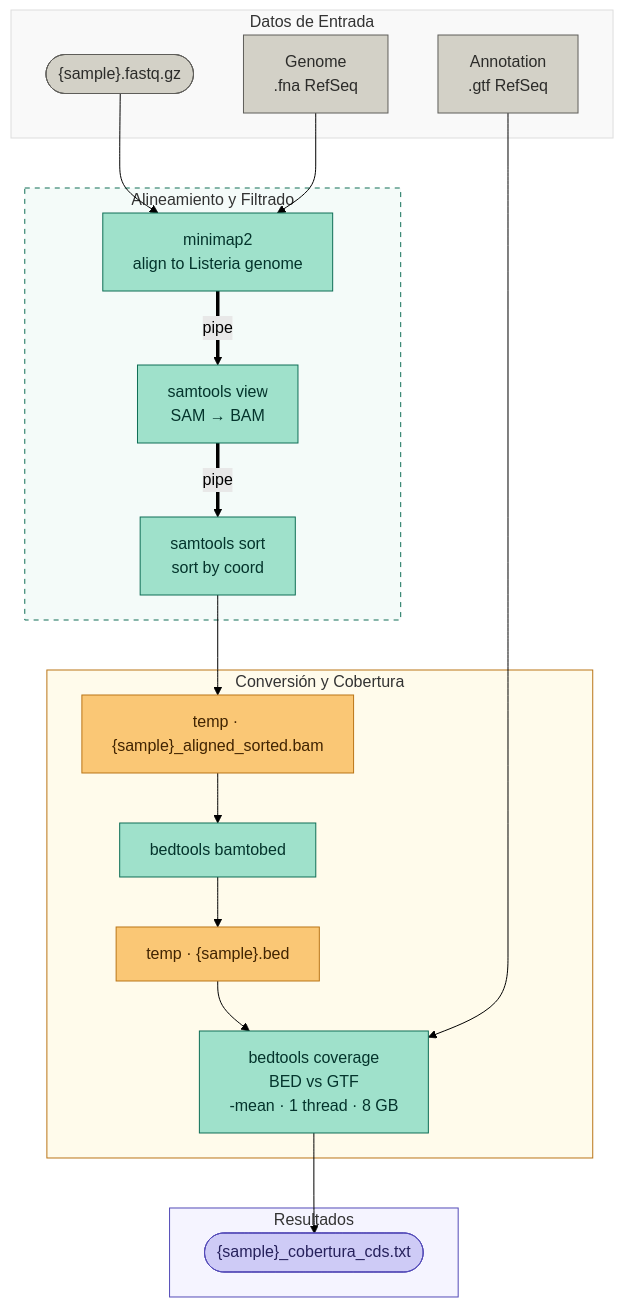
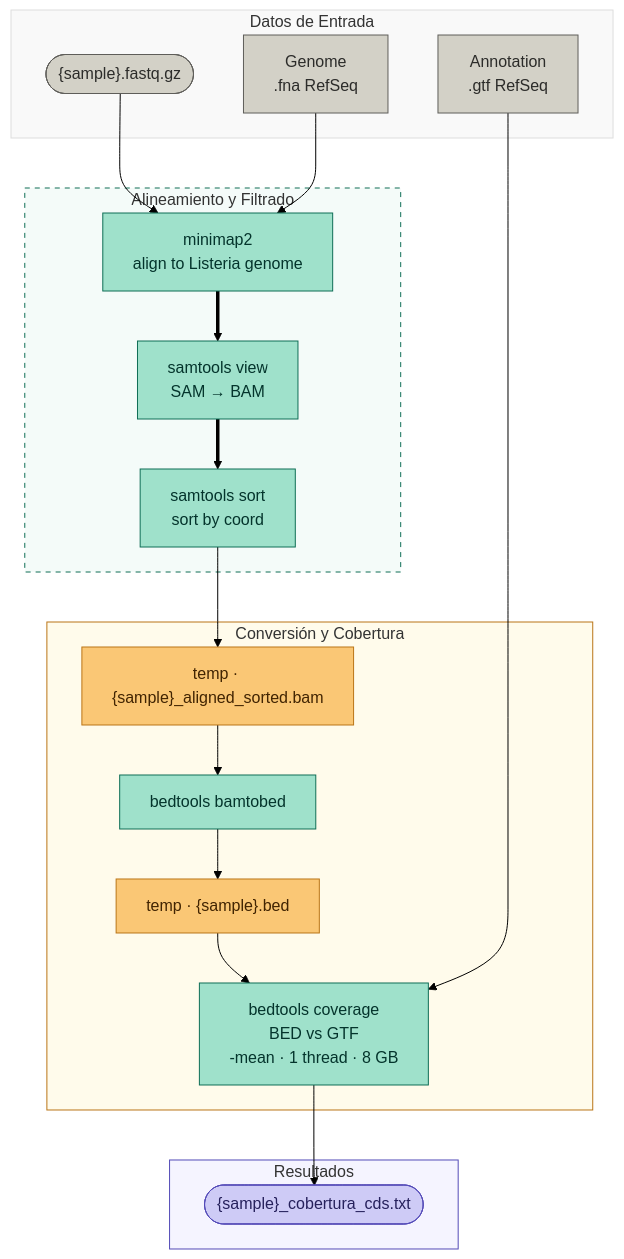
Before and after one commit to laugior/search4listeria: the diagram in readme.md, drawn with Mermaid (forest theme).

````diff
--- a/readme.md
+++ b/readme.md
@@ -3,61 +3,61 @@
 ```mermaid
 flowchart TB
     %% --- ENTRADAS ---
     subgraph INPUTS ["Datos de Entrada"]
         INPUT(["{sample}.fastq.gz"])
         GENOME["Genome\n.fna RefSeq"]
         GTF["Annotation\n.gtf RefSeq"]
     end
 
     %% --- PROCESAMIENTO EN STREAMING ---
     subgraph ALIGNMENT ["Alineamiento y Filtrado"]
         MM["minimap2\nalign to Listeria genome"]
         SV["samtools view\nSAM → BAM"]
         SS["samtools sort\nsort by coord"]
         
-        MM ==> |pipe| SV ==> |pipe| SS
+        MM ==>  SV ==>  SS
     end
 
     %% --- PASOS INTERMEDIOS Y ANÁLISIS ---
     subgraph ANALYSIS ["Conversión y Cobertura"]
         SBAM["temp · {sample}_aligned_sorted.bam"]
         B2B["bedtools bamtobed"]
         BED["temp · {sample}.bed"]
         COV["bedtools coverage\nBED vs GTF\n-mean · 1 thread · 8 GB"]
     end
 
     %% --- SALIDA ---
     subgraph OUTPUTS ["Resultados"]
         OUTPUT(["{sample}_cobertura_cds.txt"])
     end
 
     %% --- CONEXIONES GLOBALES ---
     INPUT & GENOME --> MM
     SS --> SBAM
     SBAM --> B2B
     B2B --> BED
     BED & GTF --> COV
     COV --> OUTPUT
 
     %% --- ESTILOS ---
     style INPUT  fill:#D3D1C7,stroke:#5F5E5A,color:#2C2C2A
     style GENOME fill:#D3D1C7,stroke:#5F5E5A,color:#2C2C2A
     style GTF    fill:#D3D1C7,stroke:#5F5E5A,color:#2C2C2A
     
     style MM     fill:#9FE1CB,stroke:#0F6E56,color:#04342C
     style SV     fill:#9FE1CB,stroke:#0F6E56,color:#04342C
     style SS     fill:#9FE1CB,stroke:#0F6E56,color:#04342C
     style B2B    fill:#9FE1CB,stroke:#0F6E56,color:#04342C
     style COV    fill:#9FE1CB,stroke:#0F6E56,color:#04342C
 
     style SBAM   fill:#FAC775,stroke:#BA7517,color:#412402
     style BED    fill:#FAC775,stroke:#BA7517,color:#412402
     
     style OUTPUT fill:#CECBF6,stroke:#534AB7,color:#26215C
 
     %% Estilos de los subgrafos para dar estructura limpia
     style INPUTS fill:#f9f9f9,stroke:#ddd,stroke-width:1px
     style ALIGNMENT fill:#f4fbf9,stroke:#0F6E56,stroke-width:1px,stroke-dasharray: 5 5
     style ANALYSIS fill:#fffbeb,stroke:#BA7517,stroke-width:1px
     style OUTPUTS fill:#f5f4ff,stroke:#534AB7,stroke-width:1px
 ```
````
